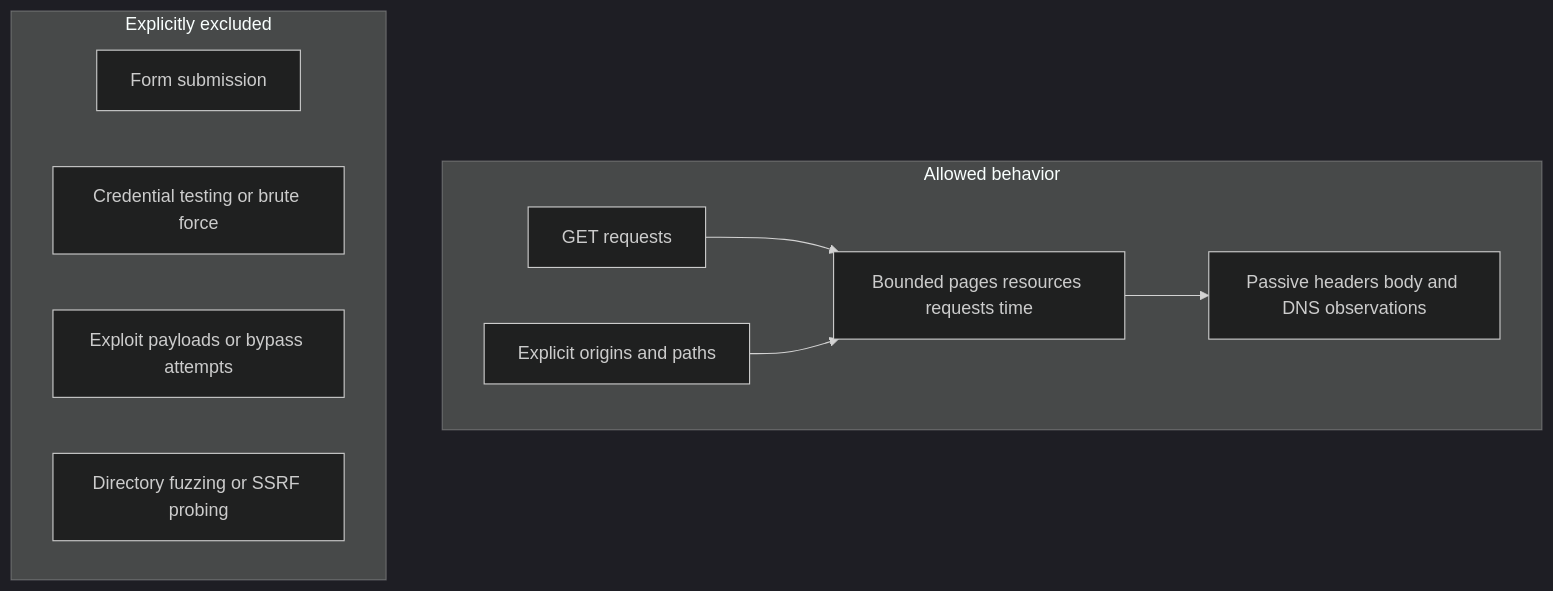
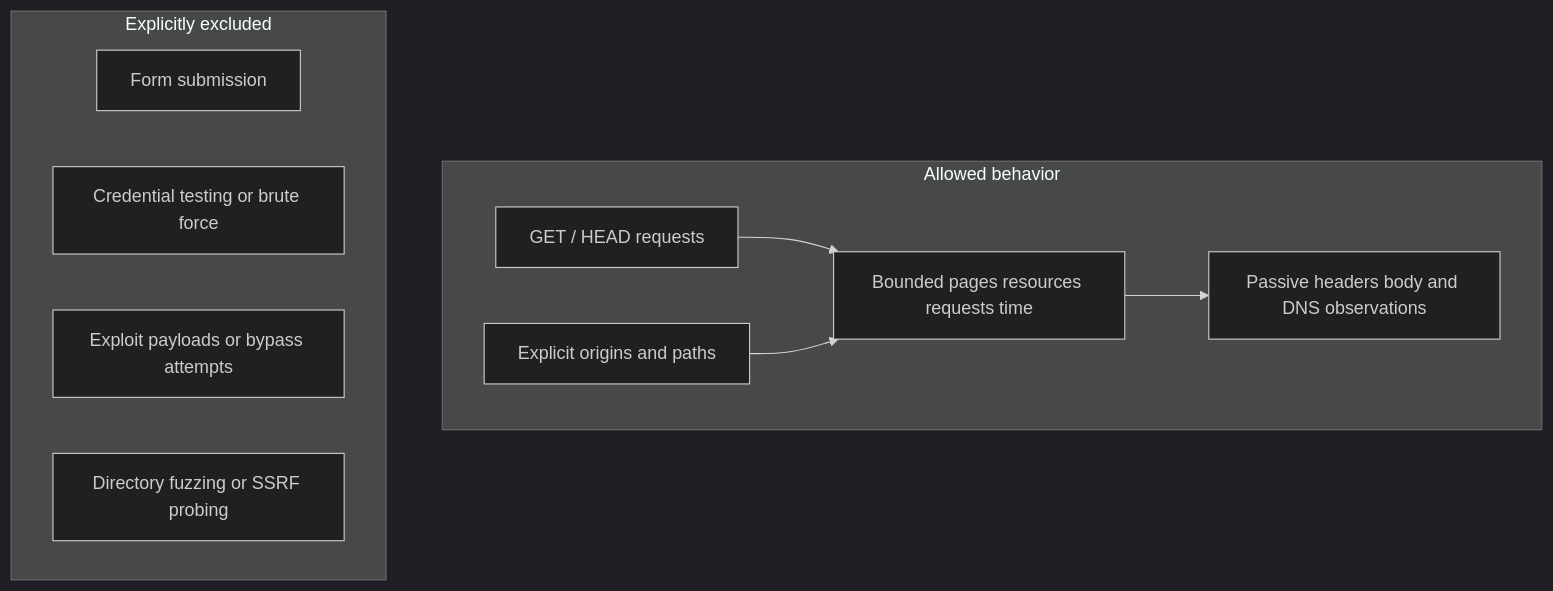
The third of 3 diagrams in README.md (maprestore/sentinelscan), drawn with Mermaid (dark theme) before and after one commit. The commit also changed other lines of this file and 57 other files, not shown here.

Commit message:
Update SentinelScan: schemas, policies, docs and expanded test suite

````diff
--- a/README.md
+++ b/README.md
@@ -197,18 +198,18 @@
 ```mermaid
 flowchart TB
     subgraph Allowed[Allowed behavior]
-        A[GET requests]
+        A[GET / HEAD requests]
         B[Explicit origins and paths]
         C[Bounded pages resources requests time]
         D[Passive headers body and DNS observations]
     end
     subgraph Excluded[Explicitly excluded]
         E[Form submission]
         F[Credential testing or brute force]
         G[Exploit payloads or bypass attempts]
         H[Directory fuzzing or SSRF probing]
     end
     A --> C
     B --> C
     C --> D
 ```
````
